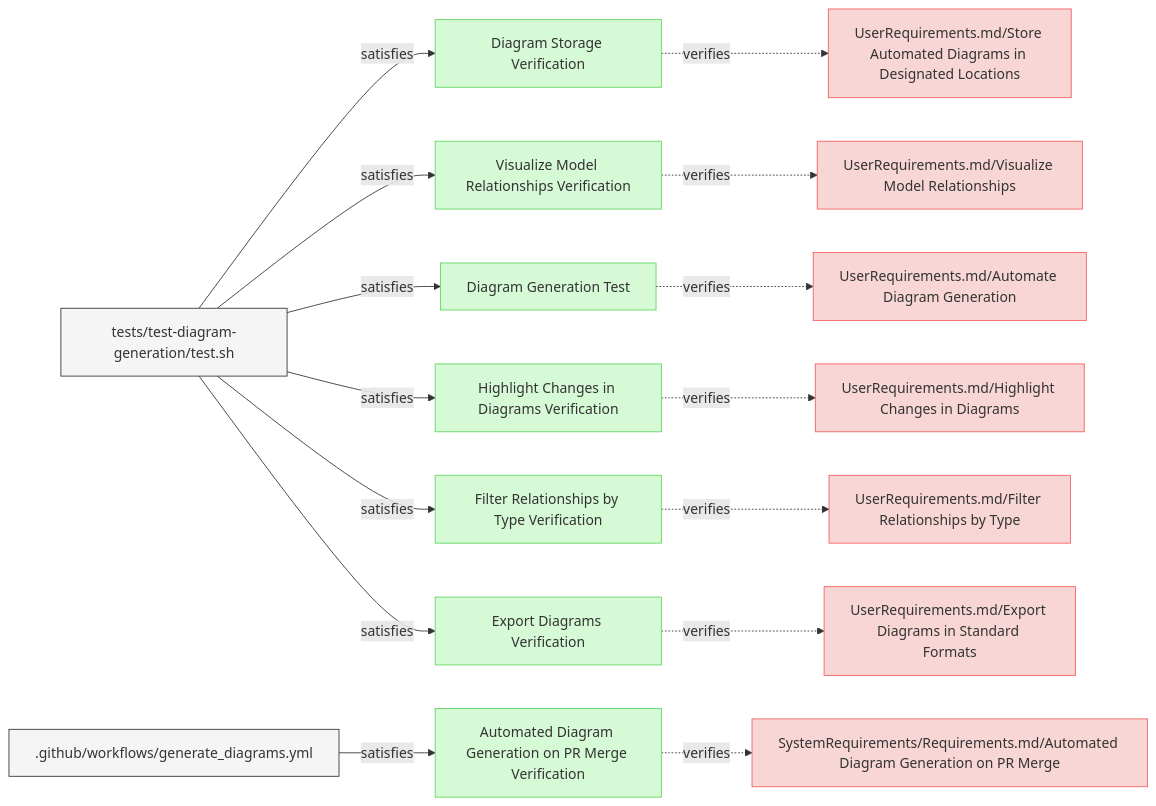
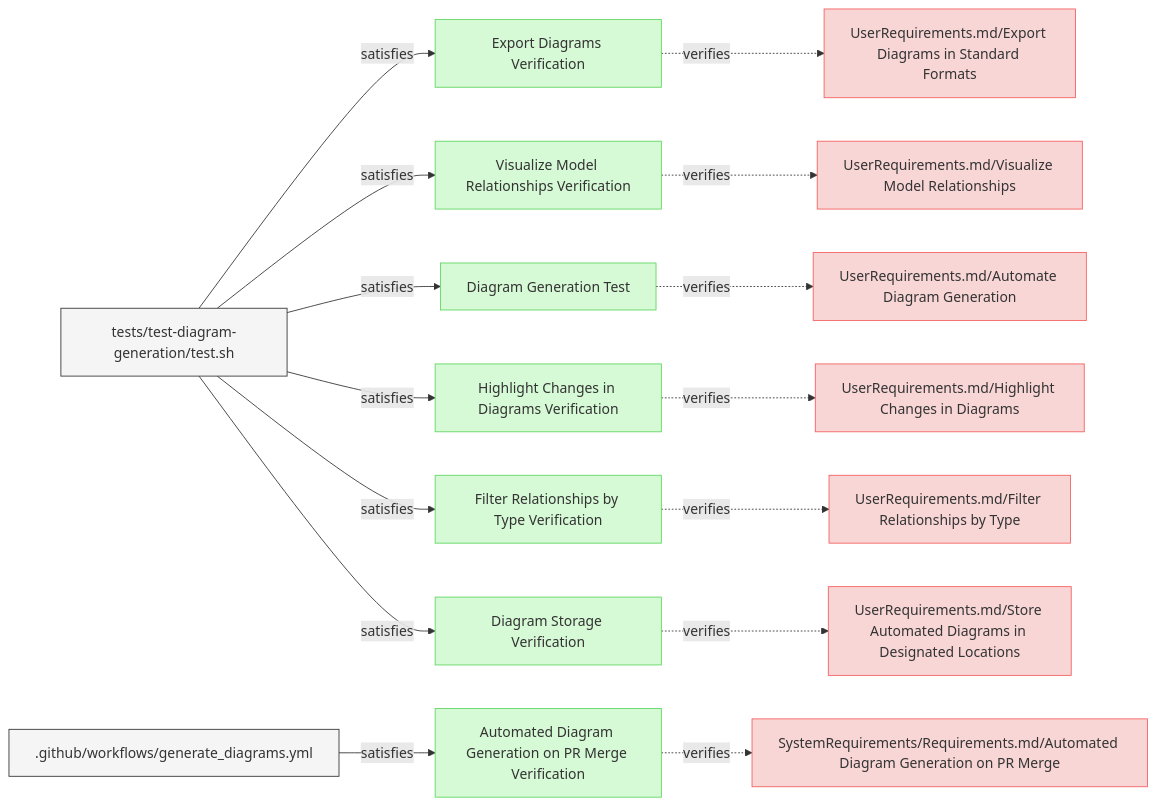
The diagram in specifications/Verifications/DiagramsTests.md (reqvire-org/reqvire), drawn with Mermaid before and after one commit. The commit also changed 22 other files, not shown here.

````diff
--- a/specifications/Verifications/DiagramsTests.md
+++ b/specifications/Verifications/DiagramsTests.md
@@ -6,71 +6,71 @@
 ```mermaid
 graph LR;
   %% Graph styling
   classDef requirement fill:#f9d6d6,stroke:#f55f5f,stroke-width:1px;
   classDef verification fill:#d6f9d6,stroke:#5fd75f,stroke-width:1px;
   classDef externalLink fill:#d0e0ff,stroke:#3080ff,stroke-width:1px;
   classDef default fill:#f5f5f5,stroke:#333333,stroke-width:1px;
 
+  fff74265828e19b3["Export Diagrams Verification"];
+  click fff74265828e19b3 "https://github.com/Reqvire/reqvire/blob/ad88ba6b828e94c93382866fefd058c011c1ac60/specifications/Verifications/DiagramsTests.md#export-diagrams-verification";
+  class fff74265828e19b3 verification;
+  a0274ca0625d8493["UserRequirements.md/Export Diagrams in Standard Formats"];
+  class a0274ca0625d8493 requirement;
+  click a0274ca0625d8493 "https://github.com/Reqvire/reqvire/blob/ad88ba6b828e94c93382866fefd058c011c1ac60/specifications/UserRequirements.md#export-diagrams-in-standard-formats";
+  fff74265828e19b3 -.->|verifies| a0274ca0625d8493;
+  b73eaac7c0353fcb["tests/test-diagram-generation/test.sh"];
+  class b73eaac7c0353fcb default;
+  click b73eaac7c0353fcb "https://github.com/Reqvire/reqvire/blob/ad88ba6b828e94c93382866fefd058c011c1ac60/tests/test-diagram-generation/test.sh";
+  b73eaac7c0353fcb -->|satisfies| fff74265828e19b3;
+  2c4c9bdcf9ede0fd["Visualize Model Relationships Verification"];
+  click 2c4c9bdcf9ede0fd "https://github.com/Reqvire/reqvire/blob/ad88ba6b828e94c93382866fefd058c011c1ac60/specifications/Verifications/DiagramsTests.md#visualize-model-relationships-verification";
+  class 2c4c9bdcf9ede0fd verification;
+  eed0b020b6ddeae1["UserRequirements.md/Visualize Model Relationships"];
+  class eed0b020b6ddeae1 requirement;
+  click eed0b020b6ddeae1 "https://github.com/Reqvire/reqvire/blob/ad88ba6b828e94c93382866fefd058c011c1ac60/specifications/UserRequirements.md#visualize-model-relationships";
+  2c4c9bdcf9ede0fd -.->|verifies| eed0b020b6ddeae1;
+  b73eaac7c0353fcb -->|satisfies| 2c4c9bdcf9ede0fd;
+  e4a47f6f403fd4ff["Diagram Generation Test"];
+  click e4a47f6f403fd4ff "https://github.com/Reqvire/reqvire/blob/ad88ba6b828e94c93382866fefd058c011c1ac60/specifications/Verifications/DiagramsTests.md#diagram-generation-test";
+  class e4a47f6f403fd4ff verification;
+  c522cf4c404bdc24["UserRequirements.md/Automate Diagram Generation"];
+  class c522cf4c404bdc24 requirement;
+  click c522cf4c404bdc24 "https://github.com/Reqvire/reqvire/blob/ad88ba6b828e94c93382866fefd058c011c1ac60/specifications/UserRequirements.md#automate-diagram-generation";
+  e4a47f6f403fd4ff -.->|verifies| c522cf4c404bdc24;
+  b73eaac7c0353fcb -->|satisfies| e4a47f6f403fd4ff;
+  494a61d80d3cb287["Highlight Changes in Diagrams Verification"];
+  click 494a61d80d3cb287 "https://github.com/Reqvire/reqvire/blob/ad88ba6b828e94c93382866fefd058c011c1ac60/specifications/Verifications/DiagramsTests.md#highlight-changes-in-diagrams-verification";
+  class 494a61d80d3cb287 verification;
+  ac914f743d73674e["UserRequirements.md/Highlight Changes in Diagrams"];
+  class ac914f743d73674e requirement;
+  click ac914f743d73674e "https://github.com/Reqvire/reqvire/blob/ad88ba6b828e94c93382866fefd058c011c1ac60/specifications/UserRequirements.md#highlight-changes-in-diagrams";
+  494a61d80d3cb287 -.->|verifies| ac914f743d73674e;
+  b73eaac7c0353fcb -->|satisfies| 494a61d80d3cb287;
+  7fd405bfa560fe5c["Filter Relationships by Type Verification"];
+  click 7fd405bfa560fe5c "https://github.com/Reqvire/reqvire/blob/ad88ba6b828e94c93382866fefd058c011c1ac60/specifications/Verifications/DiagramsTests.md#filter-relationships-by-type-verification";
+  class 7fd405bfa560fe5c verification;
+  66e9d8186acafd13["UserRequirements.md/Filter Relationships by Type"];
+  class 66e9d8186acafd13 requirement;
+  click 66e9d8186acafd13 "https://github.com/Reqvire/reqvire/blob/ad88ba6b828e94c93382866fefd058c011c1ac60/specifications/UserRequirements.md#filter-relationships-by-type";
+  7fd405bfa560fe5c -.->|verifies| 66e9d8186acafd13;
+  b73eaac7c0353fcb -->|satisfies| 7fd405bfa560fe5c;
+  44dc4128c7ea74d2["Automated Diagram Generation on PR Merge Verification"];
+  click 44dc4128c7ea74d2 "https://github.com/Reqvire/reqvire/blob/ad88ba6b828e94c93382866fefd058c011c1ac60/specifications/Verifications/DiagramsTests.md#automated-diagram-generation-on-pr-merge-verification";
+  class 44dc4128c7ea74d2 verification;
+  793154acc336992c["SystemRequirements/Requirements.md/Automated Diagram Generation on PR Merge"];
+  class 793154acc336992c requirement;
+  click 793154acc336992c "https://github.com/Reqvire/reqvire/blob/ad88ba6b828e94c93382866fefd058c011c1ac60/specifications/SystemRequirements/Requirements.md#automated-diagram-generation-on-pr-merge";
+  44dc4128c7ea74d2 -.->|verifies| 793154acc336992c;
+  fdd29f919065644d[".github/workflows/generate_diagrams.yml"];
+  class fdd29f919065644d default;
+  click fdd29f919065644d "https://github.com/Reqvire/reqvire/blob/ad88ba6b828e94c93382866fefd058c011c1ac60/.github/workflows/generate_diagrams.yml";
+  fdd29f919065644d -->|satisfies| 44dc4128c7ea74d2;
   35f25ed1c49ab87a["Diagram Storage Verification"];
-  click 35f25ed1c49ab87a "https://github.com/Reqvire/reqvire/blob/667635d4628fed400323f7df3689af2dbc2ad666/specifications/Verifications/DiagramsTests.md#diagram-storage-verification";
+  click 35f25ed1c49ab87a "https://github.com/Reqvire/reqvire/blob/ad88ba6b828e94c93382866fefd058c011c1ac60/specifications/Verifications/DiagramsTests.md#diagram-storage-verification";
   class 35f25ed1c49ab87a verification;
   89097c1311055b72["UserRequirements.md/Store Automated Diagrams in Designated Locations"];
   class 89097c1311055b72 requirement;
-  click 89097c1311055b72 "https://github.com/Reqvire/reqvire/blob/667635d4628fed400323f7df3689af2dbc2ad666/specifications/UserRequirements.md#store-automated-diagrams-in-designated-locations";
+  click 89097c1311055b72 "https://github.com/Reqvire/reqvire/blob/ad88ba6b828e94c93382866fefd058c011c1ac60/specifications/UserRequirements.md#store-automated-diagrams-in-designated-locations";
   35f25ed1c49ab87a -.->|verifies| 89097c1311055b72;
-  b73eaac7c0353fcb["tests/test-diagram-generation/test.sh"];
-  class b73eaac7c0353fcb default;
-  click b73eaac7c0353fcb "https://github.com/Reqvire/reqvire/blob/667635d4628fed400323f7df3689af2dbc2ad666/tests/test-diagram-generation/test.sh";
   b73eaac7c0353fcb -->|satisfies| 35f25ed1c49ab87a;
-  2c4c9bdcf9ede0fd["Visualize Model Relationships Verification"];
-  click 2c4c9bdcf9ede0fd "https://github.com/Reqvire/reqvire/blob/667635d4628fed400323f7df3689af2dbc2ad666/specifications/Verifications/DiagramsTests.md#visualize-model-relationships-verification";
-  class 2c4c9bdcf9ede0fd verification;
-  eed0b020b6ddeae1["UserRequirements.md/Visualize Model Relationships"];
-  class eed0b020b6ddeae1 requirement;
-  click eed0b020b6ddeae1 "https://github.com/Reqvire/reqvire/blob/667635d4628fed400323f7df3689af2dbc2ad666/specifications/UserRequirements.md#visualize-model-relationships";
-  2c4c9bdcf9ede0fd -.->|verifies| eed0b020b6ddeae1;
-  b73eaac7c0353fcb -->|satisfies| 2c4c9bdcf9ede0fd;
-  e4a47f6f403fd4ff["Diagram Generation Test"];
-  click e4a47f6f403fd4ff "https://github.com/Reqvire/reqvire/blob/667635d4628fed400323f7df3689af2dbc2ad666/specifications/Verifications/DiagramsTests.md#diagram-generation-test";
-  class e4a47f6f403fd4ff verification;
-  c522cf4c404bdc24["UserRequirements.md/Automate Diagram Generation"];
-  class c522cf4c404bdc24 requirement;
-  click c522cf4c404bdc24 "https://github.com/Reqvire/reqvire/blob/667635d4628fed400323f7df3689af2dbc2ad666/specifications/UserRequirements.md#automate-diagram-generation";
-  e4a47f6f403fd4ff -.->|verifies| c522cf4c404bdc24;
-  b73eaac7c0353fcb -->|satisfies| e4a47f6f403fd4ff;
-  494a61d80d3cb287["Highlight Changes in Diagrams Verification"];
-  click 494a61d80d3cb287 "https://github.com/Reqvire/reqvire/blob/667635d4628fed400323f7df3689af2dbc2ad666/specifications/Verifications/DiagramsTests.md#highlight-changes-in-diagrams-verification";
-  class 494a61d80d3cb287 verification;
-  ac914f743d73674e["UserRequirements.md/Highlight Changes in Diagrams"];
-  class ac914f743d73674e requirement;
-  click ac914f743d73674e "https://github.com/Reqvire/reqvire/blob/667635d4628fed400323f7df3689af2dbc2ad666/specifications/UserRequirements.md#highlight-changes-in-diagrams";
-  494a61d80d3cb287 -.->|verifies| ac914f743d73674e;
-  b73eaac7c0353fcb -->|satisfies| 494a61d80d3cb287;
-  7fd405bfa560fe5c["Filter Relationships by Type Verification"];
-  click 7fd405bfa560fe5c "https://github.com/Reqvire/reqvire/blob/667635d4628fed400323f7df3689af2dbc2ad666/specifications/Verifications/DiagramsTests.md#filter-relationships-by-type-verification";
-  class 7fd405bfa560fe5c verification;
-  66e9d8186acafd13["UserRequirements.md/Filter Relationships by Type"];
-  class 66e9d8186acafd13 requirement;
-  click 66e9d8186acafd13 "https://github.com/Reqvire/reqvire/blob/667635d4628fed400323f7df3689af2dbc2ad666/specifications/UserRequirements.md#filter-relationships-by-type";
-  7fd405bfa560fe5c -.->|verifies| 66e9d8186acafd13;
-  b73eaac7c0353fcb -->|satisfies| 7fd405bfa560fe5c;
-  44dc4128c7ea74d2["Automated Diagram Generation on PR Merge Verification"];
-  click 44dc4128c7ea74d2 "https://github.com/Reqvire/reqvire/blob/667635d4628fed400323f7df3689af2dbc2ad666/specifications/Verifications/DiagramsTests.md#automated-diagram-generation-on-pr-merge-verification";
-  class 44dc4128c7ea74d2 verification;
-  793154acc336992c["SystemRequirements/Requirements.md/Automated Diagram Generation on PR Merge"];
-  class 793154acc336992c requirement;
-  click 793154acc336992c "https://github.com/Reqvire/reqvire/blob/667635d4628fed400323f7df3689af2dbc2ad666/specifications/SystemRequirements/Requirements.md#automated-diagram-generation-on-pr-merge";
-  44dc4128c7ea74d2 -.->|verifies| 793154acc336992c;
-  fdd29f919065644d[".github/workflows/generate_diagrams.yml"];
-  class fdd29f919065644d default;
-  click fdd29f919065644d "https://github.com/Reqvire/reqvire/blob/667635d4628fed400323f7df3689af2dbc2ad666/.github/workflows/generate_diagrams.yml";
-  fdd29f919065644d -->|satisfies| 44dc4128c7ea74d2;
-  fff74265828e19b3["Export Diagrams Verification"];
-  click fff74265828e19b3 "https://github.com/Reqvire/reqvire/blob/667635d4628fed400323f7df3689af2dbc2ad666/specifications/Verifications/DiagramsTests.md#export-diagrams-verification";
-  class fff74265828e19b3 verification;
-  a0274ca0625d8493["UserRequirements.md/Export Diagrams in Standard Formats"];
-  class a0274ca0625d8493 requirement;
-  click a0274ca0625d8493 "https://github.com/Reqvire/reqvire/blob/667635d4628fed400323f7df3689af2dbc2ad666/specifications/UserRequirements.md#export-diagrams-in-standard-formats";
-  fff74265828e19b3 -.->|verifies| a0274ca0625d8493;
-  b73eaac7c0353fcb -->|satisfies| fff74265828e19b3;
 ```
````
